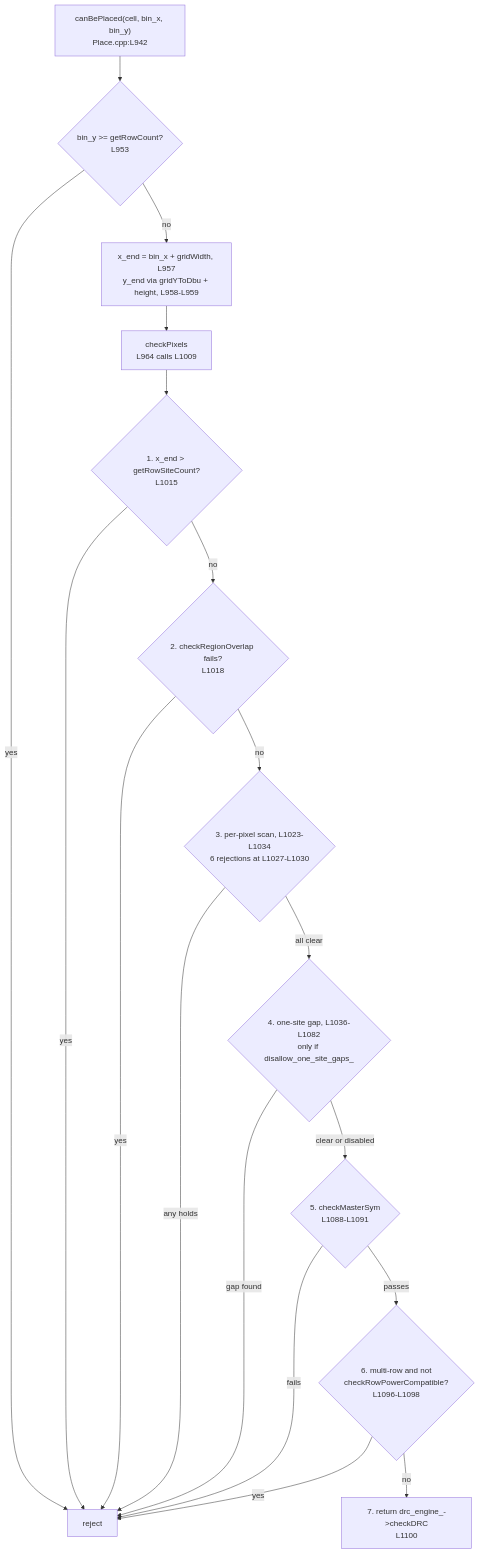
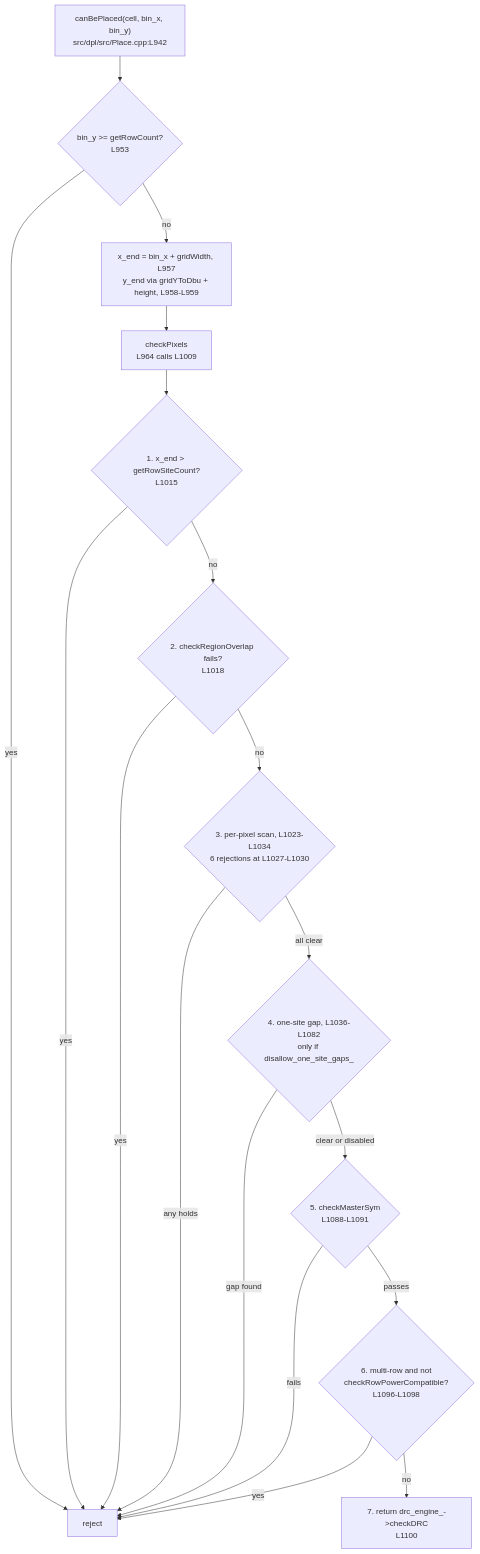
The fifth of 8 diagrams in src/dpl/doc/LegalizationAlgorithm.md (blitzy-research/OpenROAD), drawn with Mermaid before and after one commit. The commit also changed other lines of this file and 3 other files, not shown here.

````diff
--- a/src/dpl/doc/LegalizationAlgorithm.md
+++ b/src/dpl/doc/LegalizationAlgorithm.md
@@ -1790,20 +1790,20 @@
 ```mermaid
 flowchart TD
-    A["canBePlaced(cell, bin_x, bin_y)<br/>Place.cpp:L942"] --> B{"bin_y &gt;= getRowCount?<br/>L953"}
+    A["canBePlaced(cell, bin_x, bin_y)<br/>src/dpl/src/Place.cpp:L942"] --> B{"bin_y &gt;= getRowCount?<br/>L953"}
     B -->|yes| Z["reject"]
     B -->|no| C["x_end = bin_x + gridWidth, L957<br/>y_end via gridYToDbu + height, L958-L959"]
     C --> D["checkPixels<br/>L964 calls L1009"]
     D --> E{"1. x_end &gt; getRowSiteCount?<br/>L1015"}
     E -->|yes| Z
     E -->|no| F{"2. checkRegionOverlap fails?<br/>L1018"}
     F -->|yes| Z
     F -->|no| G{"3. per-pixel scan, L1023-L1034<br/>6 rejections at L1027-L1030"}
     G -->|any holds| Z
     G -->|all clear| H{"4. one-site gap, L1036-L1082<br/>only if disallow_one_site_gaps_"}
     H -->|gap found| Z
     H -->|clear or disabled| I{"5. checkMasterSym<br/>L1088-L1091"}
     I -->|fails| Z
     I -->|passes| J{"6. multi-row and not<br/>checkRowPowerCompatible?<br/>L1096-L1098"}
     J -->|yes| Z
     J -->|no| K["7. return drc_engine_-&gt;checkDRC<br/>L1100"]
 ```
````
